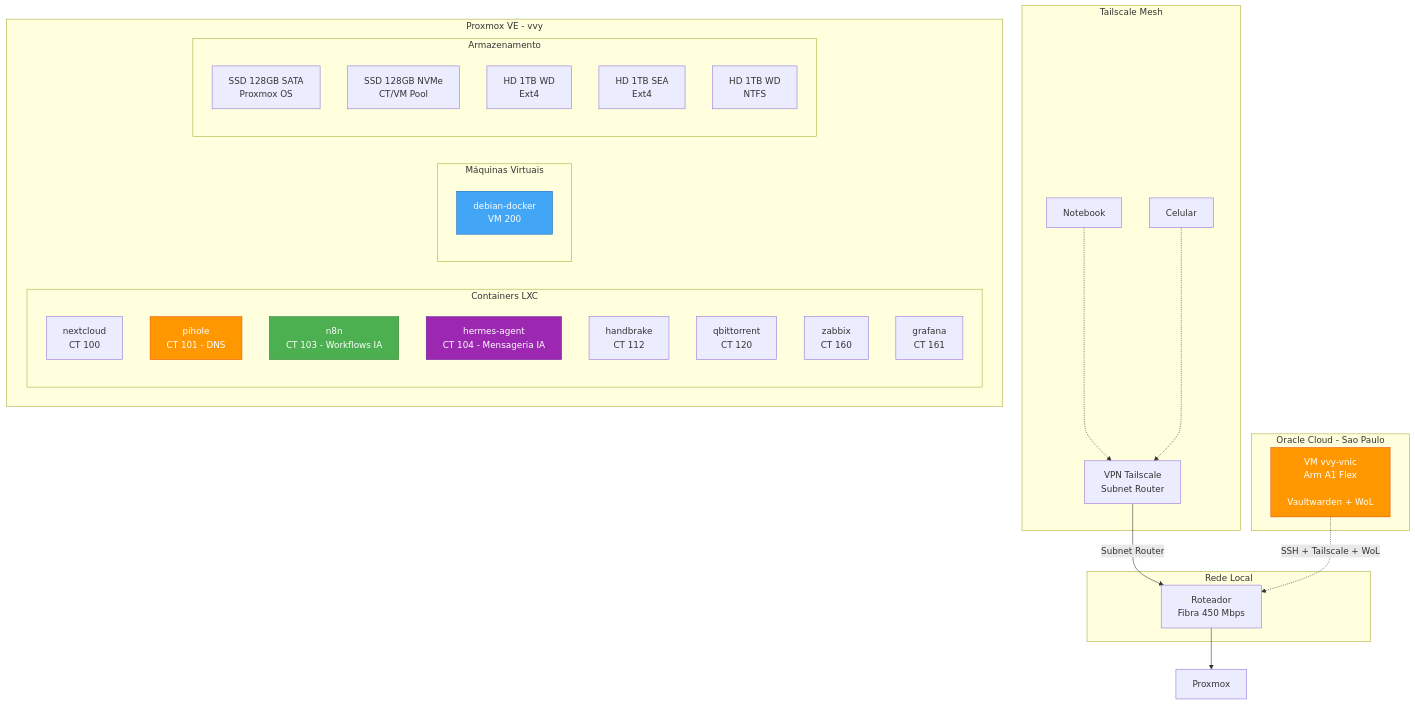
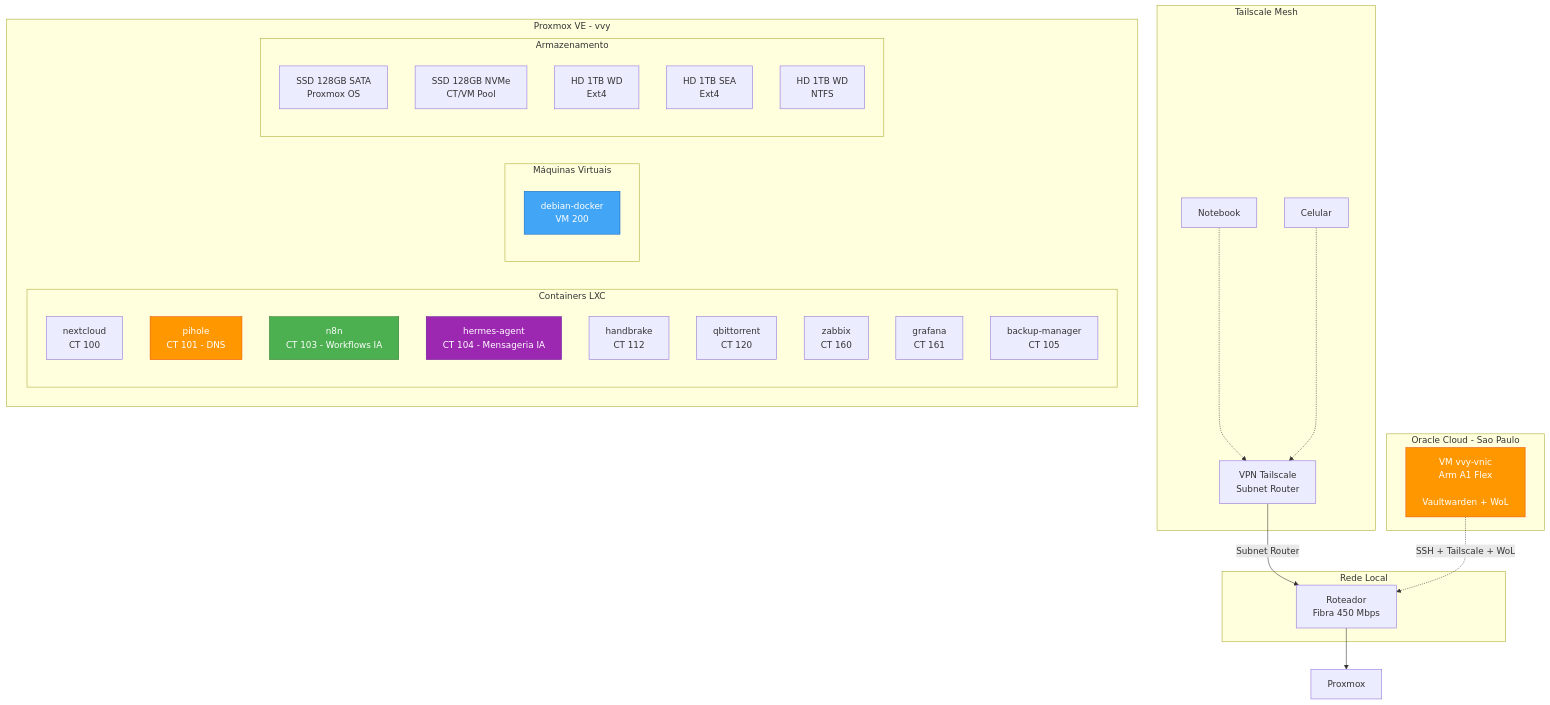
The diagram in README.md (mviniciusy/vvy-homelab), drawn with Mermaid before and after one commit. The commit also changed other lines of this file and 4 other files, not shown here.

Commit message:
docs: CT 105 backup-manager — rclone + Google Drive + Web GUI

````diff
--- a/README.md
+++ b/README.md
@@ -11,53 +11,54 @@
 ```mermaid
 graph TB
     subgraph Rede Local
         Router[Roteador<br/>Fibra 450 Mbps]
     end
 
     subgraph Tailscale Mesh
         TS[VPN Tailscale<br/>Subnet Router]
         NB[Notebook]
         Phone[Celular]
     end
 
     subgraph OC["Oracle Cloud - Sao Paulo"]
         OCI[VM vvy-vnic<br/>Arm A1 Flex<br/><ORACLE_PUBLIC_IP><br/>Vaultwarden + WoL]
     end
 
     subgraph Proxmox VE - vvy
         subgraph Containers LXC
             NC[nextcloud<br/>CT 100]
             PH[pihole<br/>CT 101 - DNS]
                        N8N[n8n<br/>CT 103 - Workflows IA]
             HER[hermes-agent<br/>CT 104 - Mensageria IA]
             HB[handbrake<br/>CT 112]
             QB[qbittorrent<br/>CT 120]
             ZB[zabbix<br/>CT 160]
             GF[grafana<br/>CT 161]
+            BK[backup-manager<br/>CT 105]
         end
 
         subgraph Máquinas Virtuais
             DK[debian-docker<br/>VM 200]
         end
 
         subgraph Armazenamento
             SSD1[SSD 128GB SATA<br/>Proxmox OS]
             SSD2[SSD 128GB NVMe<br/>CT/VM Pool]
             HD1[HD 1TB WD<br/>Ext4]
             HD2[HD 1TB SEA<br/>Ext4]
             HD3[HD 1TB WD<br/>NTFS]
         end
     end
 
     Router --> Proxmox
     TS --> |Subnet Router| Router
     NB -.-> TS
     Phone -.-> TS
     OCI -.->|SSH + Tailscale + WoL| Router
 
     style N8N fill:#4caf50,stroke:#2e7d32,color:#fff
     style HER fill:#9c27b0,stroke:#6a1b9a,color:#fff
     style DK fill:#42a5f5,stroke:#1565c0,color:#fff
     style PH fill:#ff9800,stroke:#e65100,color:#fff
     style OCI fill:#ff9800,stroke:#e65100,color:#fff
 ```
````
